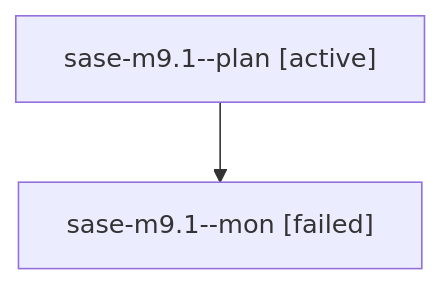
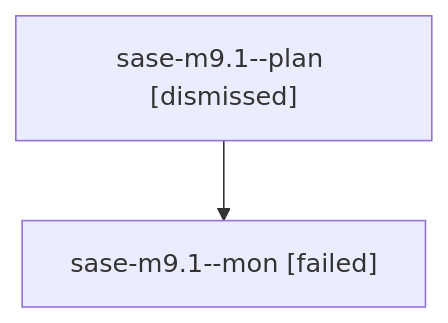
The diagram in sessions/bbugyi200.athena.sase-m9.1.md (sase-org/sase--agents), drawn with Mermaid before and after one commit. The commit also changed other lines of this file and 218 other files, not shown here.

````diff
--- a/sessions/bbugyi200.athena.sase-m9.1.md
+++ b/sessions/bbugyi200.athena.sase-m9.1.md
@@ -9,6 +9,6 @@
 ```mermaid
 flowchart TD
-  n0["sase-m9.1--plan [active]"]
+  n0["sase-m9.1--plan [dismissed]"]
   n1["sase-m9.1--mon [failed]"]
   n0 --> n1
 ```
````
